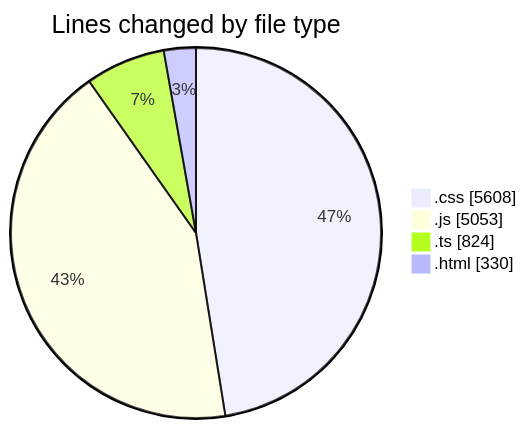
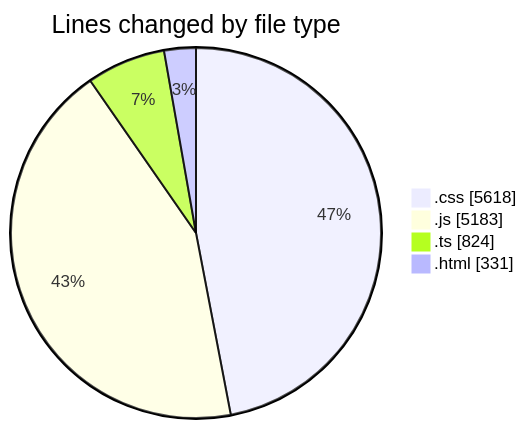
Before and after one commit to tmsrecording-cyber/code-tracking: the first of 2 diagrams in 2026-04-24/darkwire/README.md, drawn with Mermaid. The commit also changed other lines of this file and 1 other file, not shown here.

````diff
--- a/2026-04-24/darkwire/README.md
+++ b/2026-04-24/darkwire/README.md
@@ -37,8 +38,8 @@
 ```mermaid
 pie showData
 title Lines changed by file type
-".css" : 5608
-".js" : 5053
+".css" : 5618
+".js" : 5183
 ".ts" : 824
-".html" : 330
+".html" : 331
 ```
````
